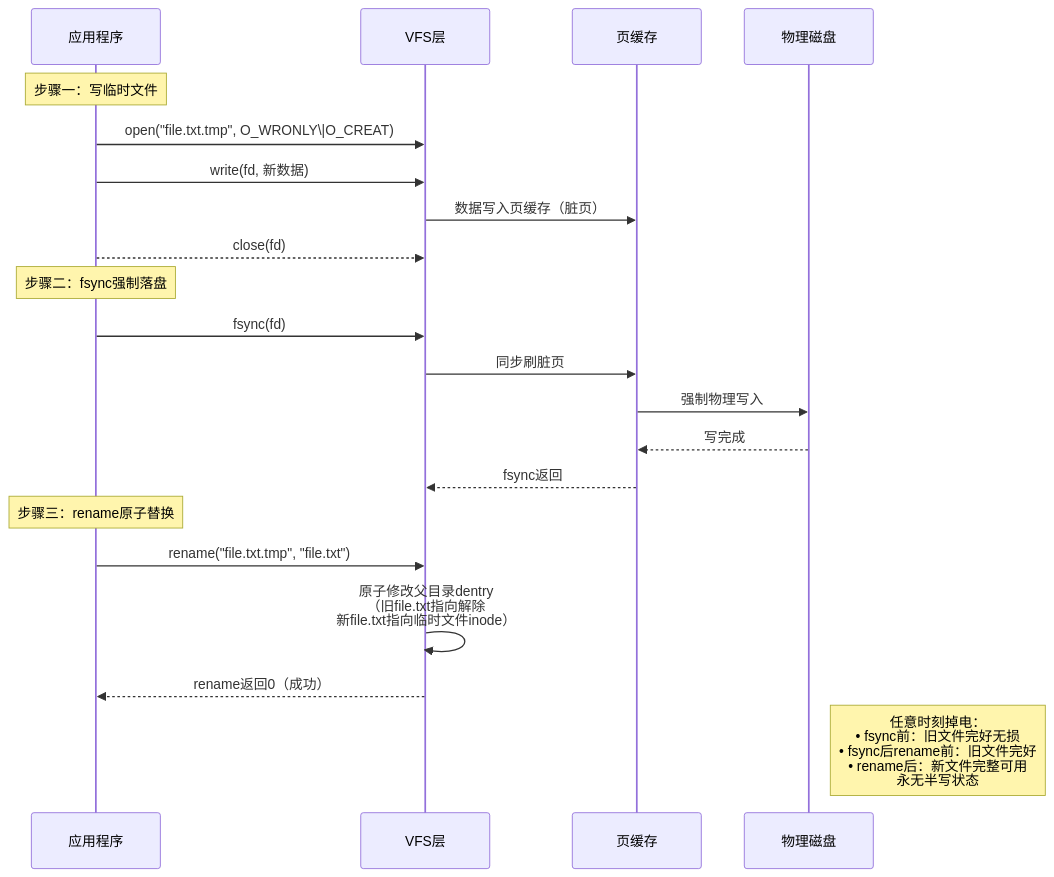
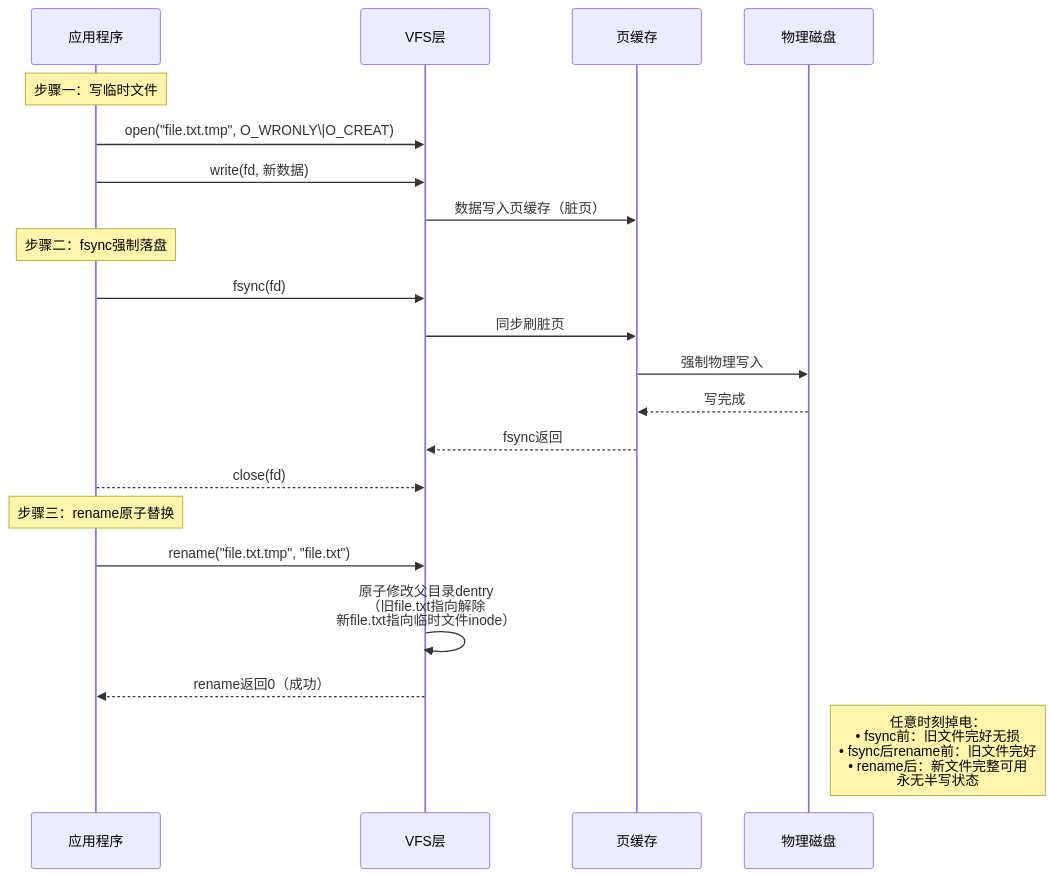
The second of 2 diagrams in docs/02-核心机制深度解析/第12章 文件系统/12.5.2_barrier与原子更新.md (xiaohong0925/Embedded_Knowledge_System_V2026), drawn with Mermaid before and after one commit. The commit also changed other lines of this file and 63 other files, not shown here.

````diff
--- a/docs/02-核心机制深度解析/第12章 文件系统/12.5.2_barrier与原子更新.md
+++ b/docs/02-核心机制深度解析/第12章 文件系统/12.5.2_barrier与原子更新.md
@@ -112,27 +125,27 @@
 ```mermaid
 sequenceDiagram
     participant App as 应用程序
     participant VFS as VFS层
     participant PageCache as 页缓存
     participant Disk as 物理磁盘
 
     Note over App: 步骤一：写临时文件
     App->>VFS: open("file.txt.tmp", O_WRONLY\|O_CREAT)
     App->>VFS: write(fd, 新数据)
     VFS->>PageCache: 数据写入页缓存（脏页）
-    App-->>VFS: close(fd)
 
     Note over App: 步骤二：fsync强制落盘
     App->>VFS: fsync(fd)
     VFS->>PageCache: 同步刷脏页
     PageCache->>Disk: 强制物理写入
     Disk-->>PageCache: 写完成
     PageCache-->>VFS: fsync返回
+    App-->>VFS: close(fd)
 
     Note over App: 步骤三：rename原子替换
     App->>VFS: rename("file.txt.tmp", "file.txt")
     VFS->>VFS: 原子修改父目录dentry<br/>（旧file.txt指向解除<br/>新file.txt指向临时文件inode）
     VFS-->>App: rename返回0（成功）
 
     Note right of Disk: 任意时刻掉电：<br/>• fsync前：旧文件完好无损<br/>• fsync后rename前：旧文件完好<br/>• rename后：新文件完整可用<br/>永无半写状态
 ```
````
